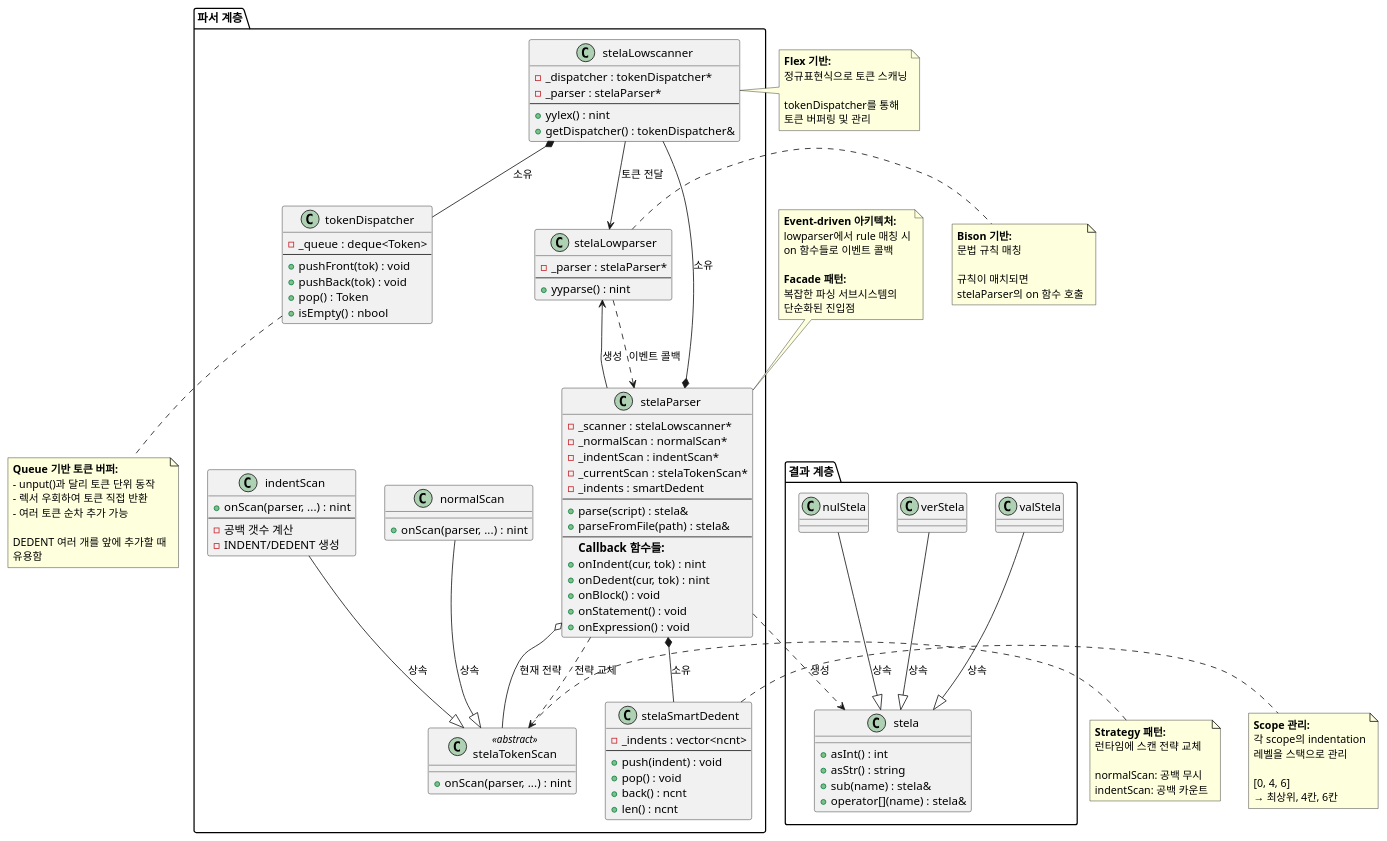
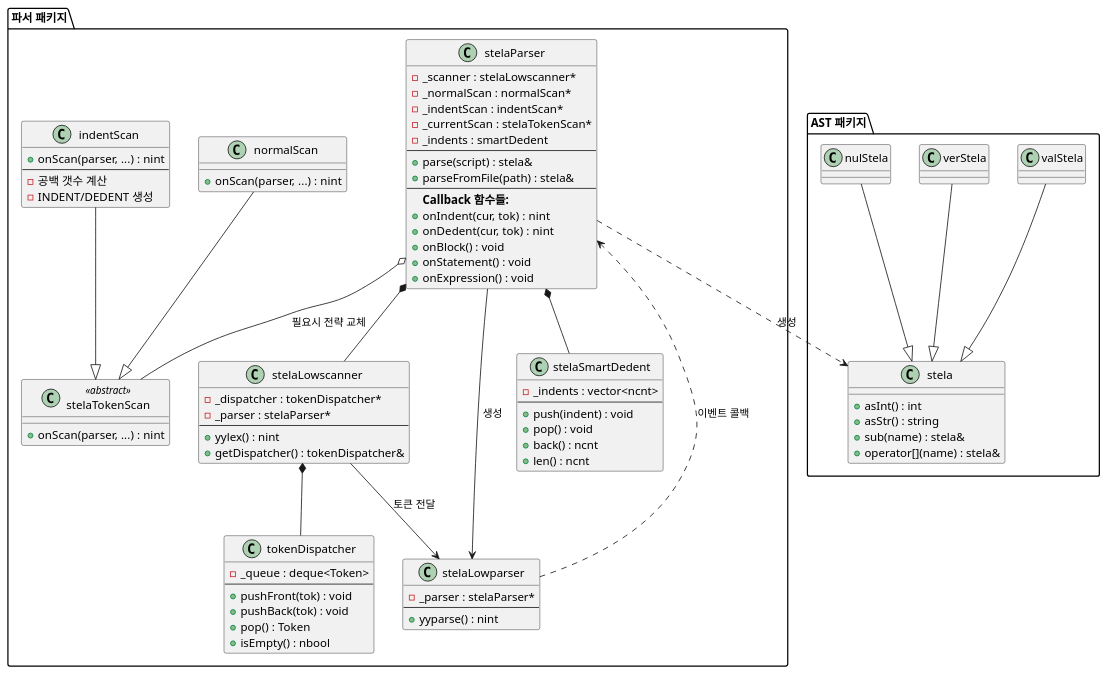
One commit to byeolang/byeol changed the first of 4 diagrams in doc/ref/ko/ah-architecture-stela.md. Above: the diagram before and after it, drawn with PlantUML. The commit also changed other lines of this file, not shown here.

Commit message:
doc(stela): refine ai modified document

```diff
--- a/doc/ref/ko/ah-architecture-stela.md
+++ b/doc/ref/ko/ah-architecture-stela.md
@@ -9,5 +11,5 @@
 @startuml
-package "파서 계층" {
+package "파서 패키지" {
     class "stelaParser" as stelaParser {
         - _scanner : stelaLowscanner*
         - _normalScan : normalScan*
@@ -74,7 +76,7 @@
     }
 }
 
-package "결과 계층" {
+package "AST 패키지" {
     class "stela" as stela {
         + asInt() : int
         + asStr() : string
@@ -87,76 +89,22 @@
     class "nulStela" as nulStela
 }
 
-note top of stelaParser
-  <b>Event-driven 아키텍처:</b>
-  lowparser에서 rule 매칭 시
-  on 함수들로 이벤트 콜백
-
-  <b>Facade 패턴:</b>
-  복잡한 파싱 서브시스템의
-  단순화된 진입점
-end note
-
-note right of scanner
-  <b>Flex 기반:</b>
-  정규표현식으로 토큰 스캐닝
-
-  tokenDispatcher를 통해
-  토큰 버퍼링 및 관리
-end note
-
-note right of parser
-  <b>Bison 기반:</b>
-  문법 규칙 매칭
-
-  규칙이 매치되면
-  stelaParser의 on 함수 호출
-end note
-
-note bottom of dispatcher
-  <b>Queue 기반 토큰 버퍼:</b>
-  - unput()과 달리 토큰 단위 동작
-  - 렉서 우회하여 토큰 직접 반환
-  - 여러 토큰 순차 추가 가능
-
-  DEDENT 여러 개를 앞에 추가할 때
-  유용함
-end note
-
-note left of tokenScan
-  <b>Strategy 패턴:</b>
-  런타임에 스캔 전략 교체
-
-  normalScan: 공백 무시
-  indentScan: 공백 카운트
-end note
-
-note right of smartDedent
-  <b>Scope 관리:</b>
-  각 scope의 indentation
-  레벨을 스택으로 관리
-
-  [0, 4, 6]
-  → 최상위, 4칸, 6칸
-end note
-
-stelaParser *-- scanner : 소유
-stelaParser *-- smartDedent : 소유
+stelaParser *-- scanner
+stelaParser *-- smartDedent
 stelaParser --> parser : 생성
-stelaParser o-- tokenScan : 현재 전략
-scanner *-- dispatcher : 소유
+stelaParser o-- tokenScan : 필요시 전략 교체
+scanner *-- dispatcher
 scanner --> parser : 토큰 전달
 
-normalScan --|> tokenScan : 상속
-indentScan --|> tokenScan : 상속
+normalScan --|> tokenScan
+indentScan --|> tokenScan
 
-stelaParser ..> tokenScan : 전략 교체
 parser ..> stelaParser : 이벤트 콜백
 
 stelaParser ..> stela : 생성
 
-valStela --|> stela : 상속
-verStela --|> stela : 상속
-nulStela --|> stela : 상속
+valStela --|> stela
+verStela --|> stela
+nulStela --|> stela
 
 @enduml
```
